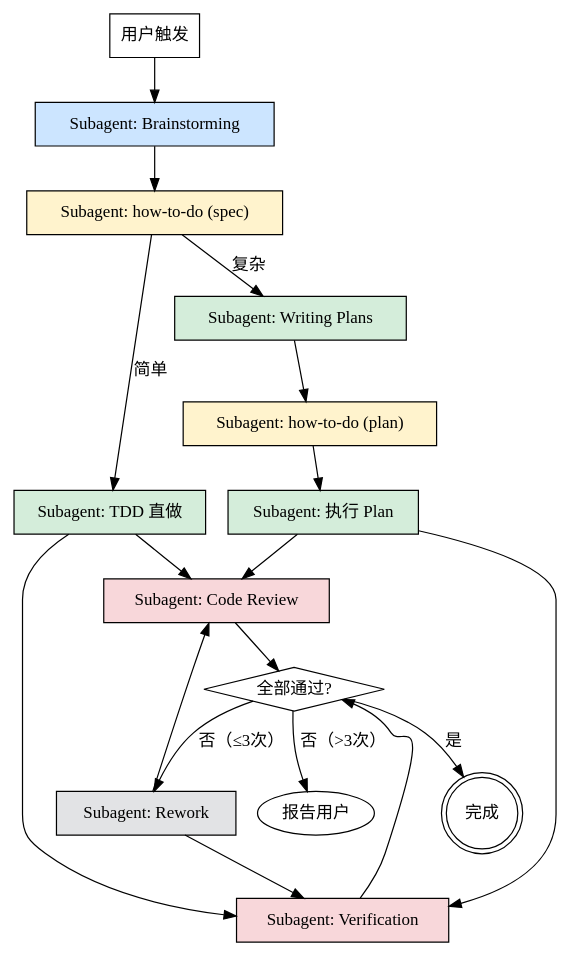
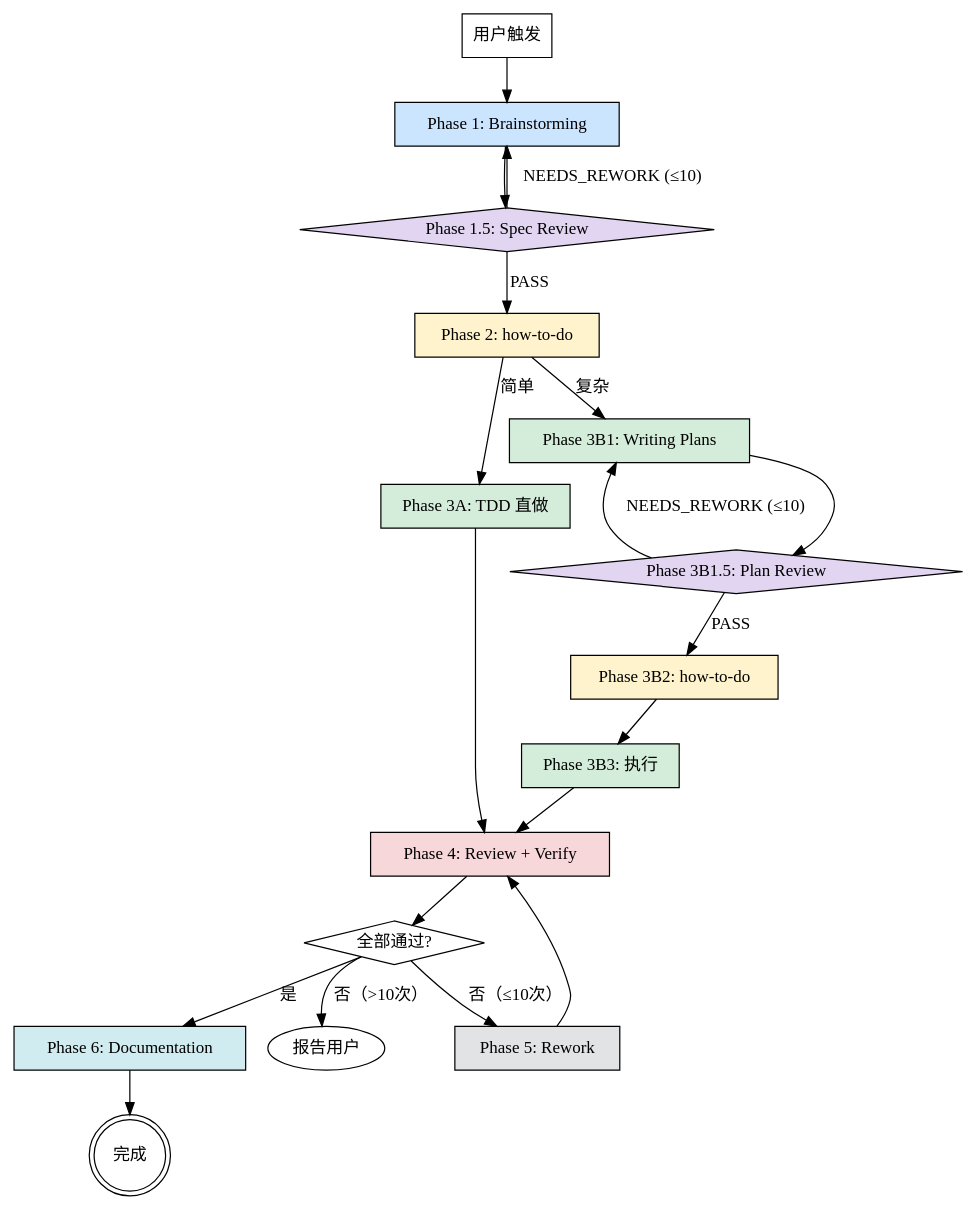
One commit to CodingTheDream/full-workflow-skill changed the diagram in skills/full-workflow/SKILL.md. Above: the diagram before and after it, drawn with Graphviz. The commit also changed other lines of this file and 11 other files, not shown here.

First line of the commit message:
feat: 三层 Review 机制、Rework 上限提升、中文文档生成、全面瘦身重构

````diff
--- a/skills/full-workflow/SKILL.md
+++ b/skills/full-workflow/SKILL.md
@@ -21,40 +23,43 @@
 ```dot
 digraph full_workflow {
     rankdir=TB;
 
     "用户触发" [shape=box];
-    "Subagent: Brainstorming" [shape=box style=filled fillcolor="#cce5ff"];
-    "Subagent: how-to-do (spec)" [shape=box style=filled fillcolor="#fff3cd"];
-    "Subagent: TDD 直做" [shape=box style=filled fillcolor="#d4edda"];
-    "Subagent: Writing Plans" [shape=box style=filled fillcolor="#d4edda"];
-    "Subagent: how-to-do (plan)" [shape=box style=filled fillcolor="#fff3cd"];
-    "Subagent: 执行 Plan" [shape=box style=filled fillcolor="#d4edda"];
-    "Subagent: Code Review" [shape=box style=filled fillcolor="#f8d7da"];
-    "Subagent: Verification" [shape=box style=filled fillcolor="#f8d7da"];
-    "Subagent: Rework" [shape=box style=filled fillcolor="#e2e3e5"];
+    "Phase 1: Brainstorming" [shape=box style=filled fillcolor="#cce5ff"];
+    "Phase 1.5: Spec Review" [shape=diamond style=filled fillcolor="#e2d5f1"];
+    "Phase 2: how-to-do" [shape=box style=filled fillcolor="#fff3cd"];
+    "Phase 3A: TDD 直做" [shape=box style=filled fillcolor="#d4edda"];
+    "Phase 3B1: Writing Plans" [shape=box style=filled fillcolor="#d4edda"];
+    "Phase 3B1.5: Plan Review" [shape=diamond style=filled fillcolor="#e2d5f1"];
+    "Phase 3B2: how-to-do" [shape=box style=filled fillcolor="#fff3cd"];
+    "Phase 3B3: 执行" [shape=box style=filled fillcolor="#d4edda"];
+    "Phase 4: Review + Verify" [shape=box style=filled fillcolor="#f8d7da"];
     "全部通过?" [shape=diamond];
+    "Phase 5: Rework" [shape=box style=filled fillcolor="#e2e3e5"];
+    "Phase 6: Documentation" [shape=box style=filled fillcolor="#d1ecf1"];
     "完成" [shape=doublecircle];
 
-    "用户触发" -> "Subagent: Brainstorming";
-    "Subagent: Brainstorming" -> "Subagent: how-to-do (spec)";
+    "用户触发" -> "Phase 1: Brainstorming";
+    "Phase 1: Brainstorming" -> "Phase 1.5: Spec Review";
+    "Phase 1.5: Spec Review" -> "Phase 1: Brainstorming" [label="NEEDS_REWORK (≤10)"];
+    "Phase 1.5: Spec Review" -> "Phase 2: how-to-do" [label="PASS"];
 
-    "Subagent: how-to-do (spec)" -> "Subagent: TDD 直做" [label="简单"];
-    "Subagent: how-to-do (spec)" -> "Subagent: Writing Plans" [label="复杂"];
+    "Phase 2: how-to-do" -> "Phase 3A: TDD 直做" [label="简单"];
+    "Phase 2: how-to-do" -> "Phase 3B1: Writing Plans" [label="复杂"];
 
-    "Subagent: TDD 直做" -> "Subagent: Code Review";
-    "Subagent: TDD 直做" -> "Subagent: Verification";
+    "Phase 3A: TDD 直做" -> "Phase 4: Review + Verify";
 
-    "Subagent: Writing Plans" -> "Subagent: how-to-do (plan)";
-    "Subagent: how-to-do (plan)" -> "Subagent: 执行 Plan";
-    "Subagent: 执行 Plan" -> "Subagent: Code Review";
-    "Subagent: 执行 Plan" -> "Subagent: Verification";
+    "Phase 3B1: Writing Plans" -> "Phase 3B1.5: Plan Review";
+    "Phase 3B1.5: Plan Review" -> "Phase 3B1: Writing Plans" [label="NEEDS_REWORK (≤10)"];
+    "Phase 3B1.5: Plan Review" -> "Phase 3B2: how-to-do" [label="PASS"];
+    "Phase 3B2: how-to-do" -> "Phase 3B3: 执行";
+    "Phase 3B3: 执行" -> "Phase 4: Review + Verify";
 
-    "Subagent: Code Review" -> "全部通过?";
-    "Subagent: Verification" -> "全部通过?";
-    "全部通过?" -> "完成" [label="是"];
-    "全部通过?" -> "Subagent: Rework" [label="否（≤3次）"];
-    "Subagent: Rework" -> "Subagent: Code Review";
-    "Subagent: Rework" -> "Subagent: Verification";
-    "全部通过?" -> "报告用户" [label="否（>3次）"];
+    "Phase 4: Review + Verify" -> "全部通过?";
+    "全部通过?" -> "Phase 5: Rework" [label="否（≤10次）"];
+    "Phase 5: Rework" -> "Phase 4: Review + Verify";
+    "全部通过?" -> "Phase 6: Documentation" [label="是"];
+    "全部通过?" -> "报告用户" [label="否（>10次）"];
+    "Phase 6: Documentation" -> "完成";
 }
 ```
````
